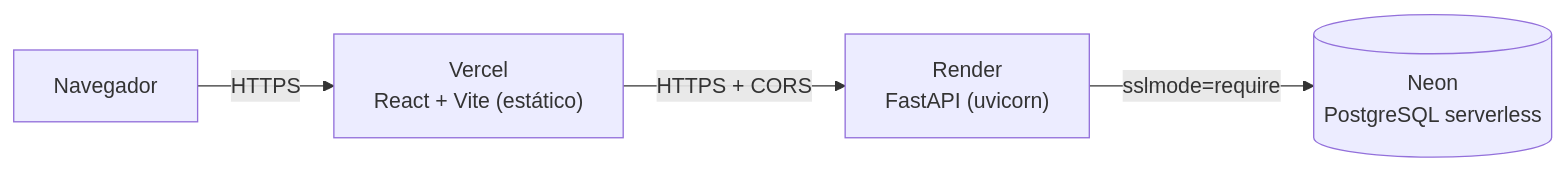
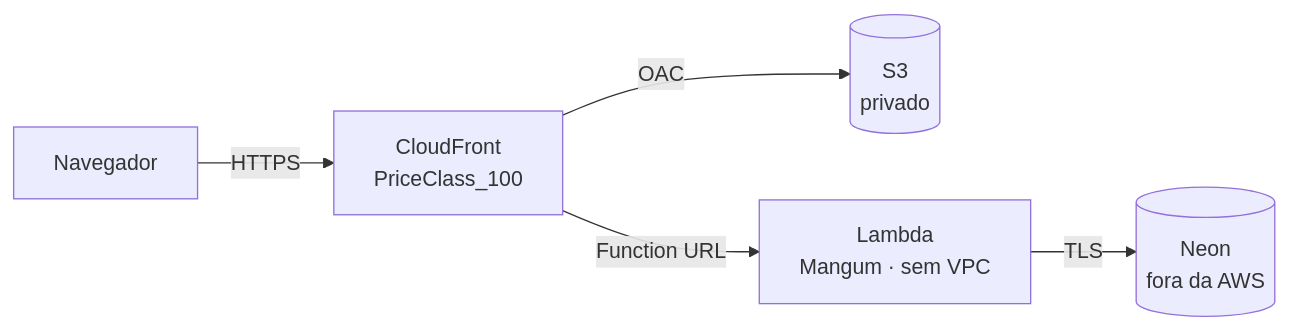
Before and after one commit to Alysson-Araujo/logos: the fifth of 5 diagrams in README.md, drawn with Mermaid. The commit also changed other lines of this file and 40 other files, not shown here.

````diff
--- a/README.md
+++ b/README.md
@@ -552,6 +836,7 @@
 ```mermaid
 flowchart LR
-    U["Navegador"] -->|HTTPS| V["Vercel<br/>React + Vite (estático)"]
-    V -->|HTTPS + CORS| R["Render<br/>FastAPI (uvicorn)"]
-    R -->|sslmode=require| N[("Neon<br/>PostgreSQL serverless")]
+    U["Navegador"] -->|HTTPS| CF["CloudFront<br/>PriceClass_100"]
+    CF -->|OAC| S3[("S3<br/>privado")]
+    CF -->|Function URL| L["Lambda<br/>Mangum · sem VPC"]
+    L -->|TLS| N[("Neon<br/>fora da AWS")]
 ```
````
